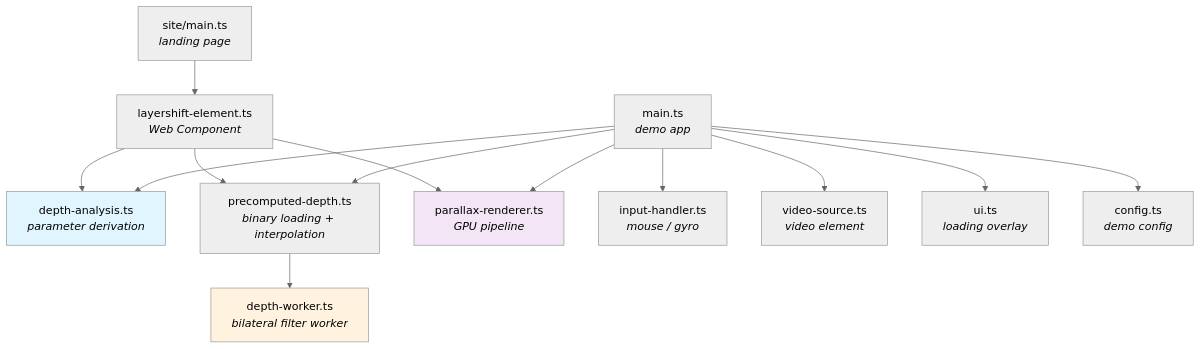
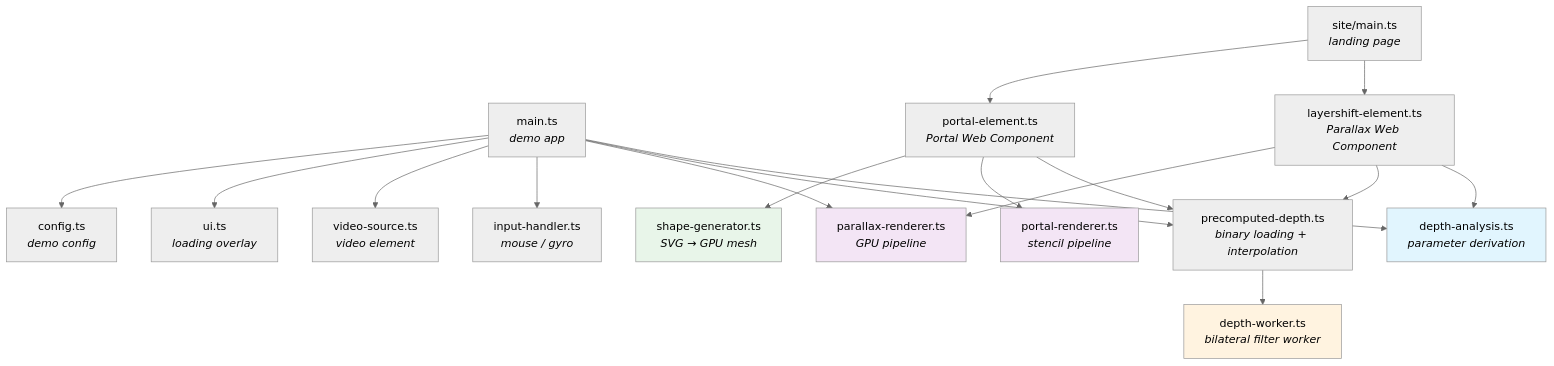
Before and after one commit to jeremysykes/layershift: the second of 2 diagrams in docs/diagrams/system-architecture.md, drawn with Mermaid (neutral theme). The commit also changed other lines of this file and 72 other files, not shown here.

````diff
--- a/docs/diagrams/system-architecture.md
+++ b/docs/diagrams/system-architecture.md
@@ -42,35 +51,45 @@
 ```mermaid
 graph TD
     MAIN["main.ts<br/><i>demo app</i>"]
     SITE["site/main.ts<br/><i>landing page</i>"]
-    ELEMENT["layershift-element.ts<br/><i>Web Component</i>"]
+    ELEMENT["layershift-element.ts<br/><i>Parallax Web Component</i>"]
+    PORTAL_EL["portal-element.ts<br/><i>Portal Web Component</i>"]
 
     DA["depth-analysis.ts<br/><i>parameter derivation</i>"]
     PD["precomputed-depth.ts<br/><i>binary loading + interpolation</i>"]
     PR["parallax-renderer.ts<br/><i>GPU pipeline</i>"]
+    PTR["portal-renderer.ts<br/><i>stencil pipeline</i>"]
+    SG["shape-generator.ts<br/><i>SVG → GPU mesh</i>"]
     DW["depth-worker.ts<br/><i>bilateral filter worker</i>"]
     IH["input-handler.ts<br/><i>mouse / gyro</i>"]
     VS["video-source.ts<br/><i>video element</i>"]
     UI["ui.ts<br/><i>loading overlay</i>"]
     CFG["config.ts<br/><i>demo config</i>"]
 
     MAIN --> DA
     MAIN --> PD
     MAIN --> PR
     MAIN --> IH
     MAIN --> VS
     MAIN --> UI
     MAIN --> CFG
 
     ELEMENT --> DA
     ELEMENT --> PD
     ELEMENT --> PR
 
+    PORTAL_EL --> PD
+    PORTAL_EL --> PTR
+    PORTAL_EL --> SG
+
     PD --> DW
 
     SITE --> ELEMENT
+    SITE --> PORTAL_EL
 
     style DA fill:#e1f5fe
     style DW fill:#fff3e0
     style PR fill:#f3e5f5
+    style PTR fill:#f3e5f5
+    style SG fill:#e8f5e9
 ```
````
